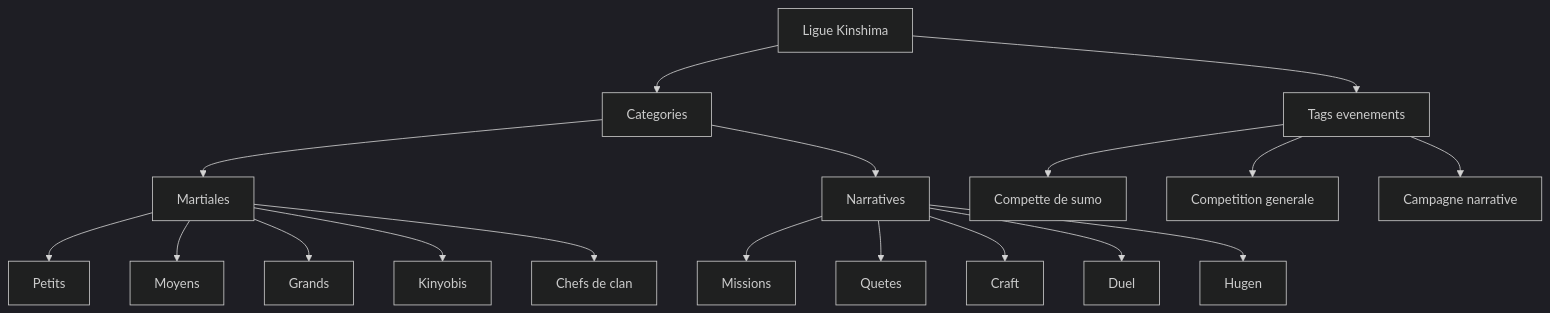
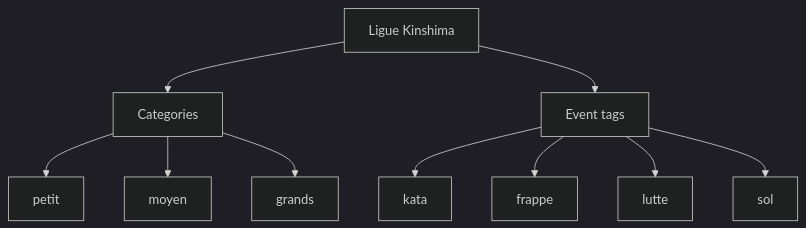
Before and after one commit to vadoreledingue/LK-Tableau-scores: the diagram in README.md, drawn with Mermaid (dark theme). The commit also changed other lines of this file and 7 other files, not shown here.

````diff
--- a/README.md
+++ b/README.md
@@ -64,23 +67,12 @@
 ```mermaid
 flowchart TD
     A[Ligue Kinshima] --> C[Categories]
-    A --> T[Tags evenements]
-    C --> C1[Martiales]
-    C --> C2[Narratives]
-
-    C1 --> M1[Petits]
-    C1 --> M2[Moyens]
-    C1 --> M3[Grands]
-    C1 --> M4[Kinyobis]
-    C1 --> M5[Chefs de clan]
-
-    C2 --> N1[Missions]
-    C2 --> N2[Quetes]
-    C2 --> N3[Craft]
-    C2 --> N4[Duel]
-    C2 --> N5[Hugen]
-
-    T --> T1[Compette de sumo]
-    T --> T2[Competition generale]
-    T --> T3[Campagne narrative]
+    A --> T[Event tags]
+    C --> C1[petit]
+    C --> C2[moyen]
+    C --> C3[grands]
+    T --> T1[kata]
+    T --> T2[frappe]
+    T --> T3[lutte]
+    T --> T4[sol]
 ```
````
